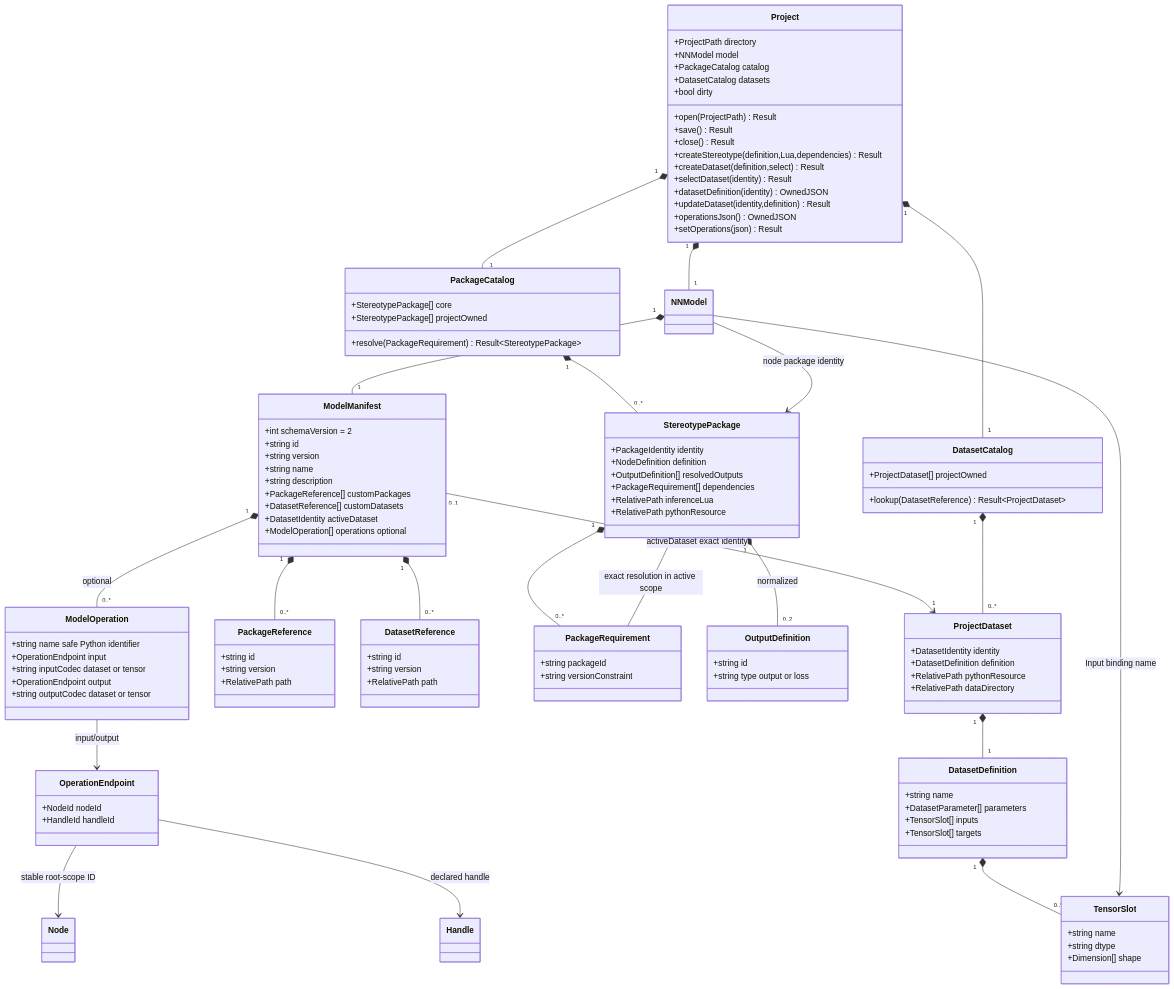
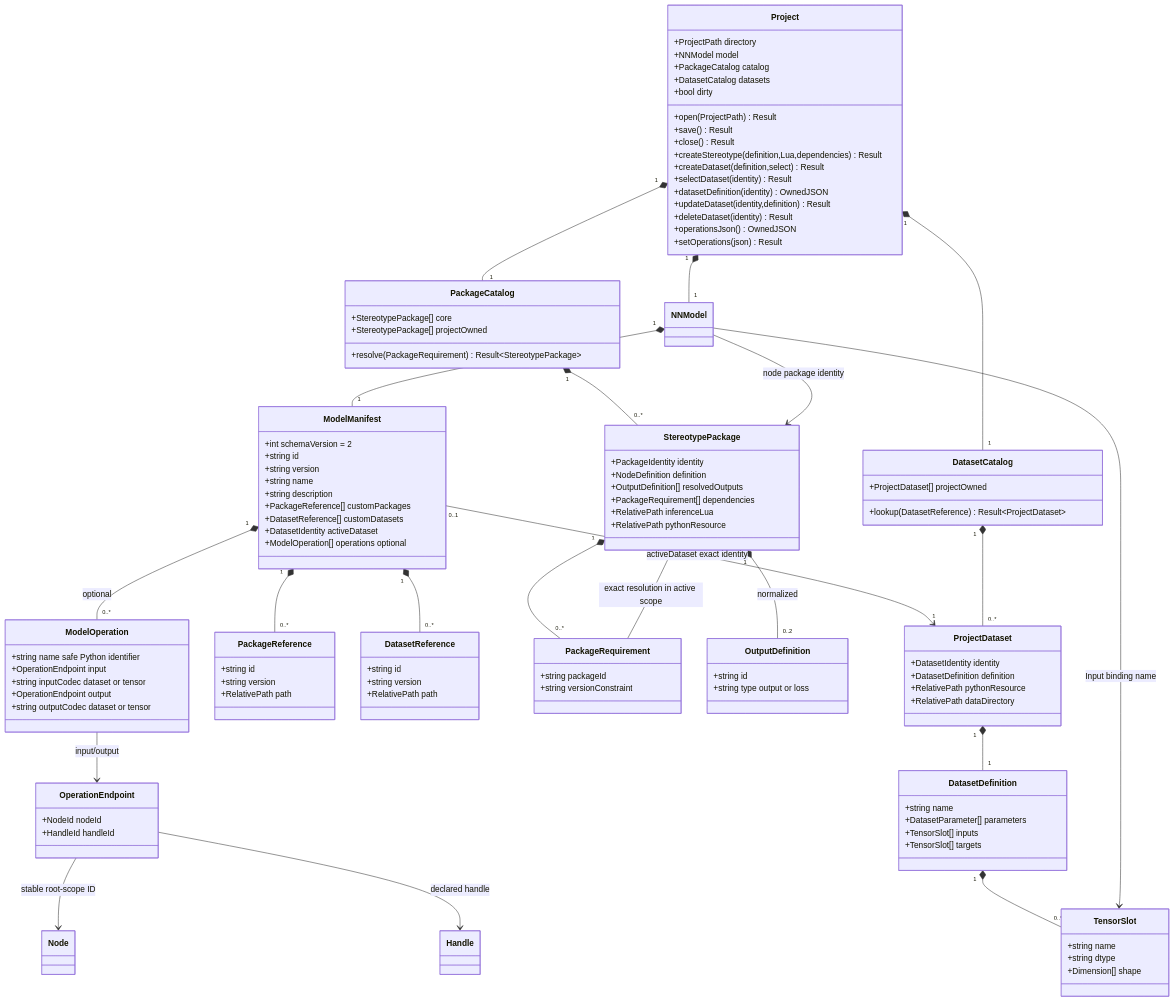
One commit to LucaSforza/nnmodelling-ui changed the diagram in docs/knowledge/uml/project.md. Above: the diagram before and after it, drawn with Mermaid. The commit also changed other lines of this file and 14 other files, not shown here.

```diff
--- a/docs/knowledge/uml/project.md
+++ b/docs/knowledge/uml/project.md
@@ -36,6 +40,7 @@
         +selectDataset(identity) Result
         +datasetDefinition(identity) OwnedJSON
         +updateDataset(identity,definition) Result
+        +deleteDataset(identity) Result
         +operationsJson() OwnedJSON
         +setOperations(json) Result
       }
```
